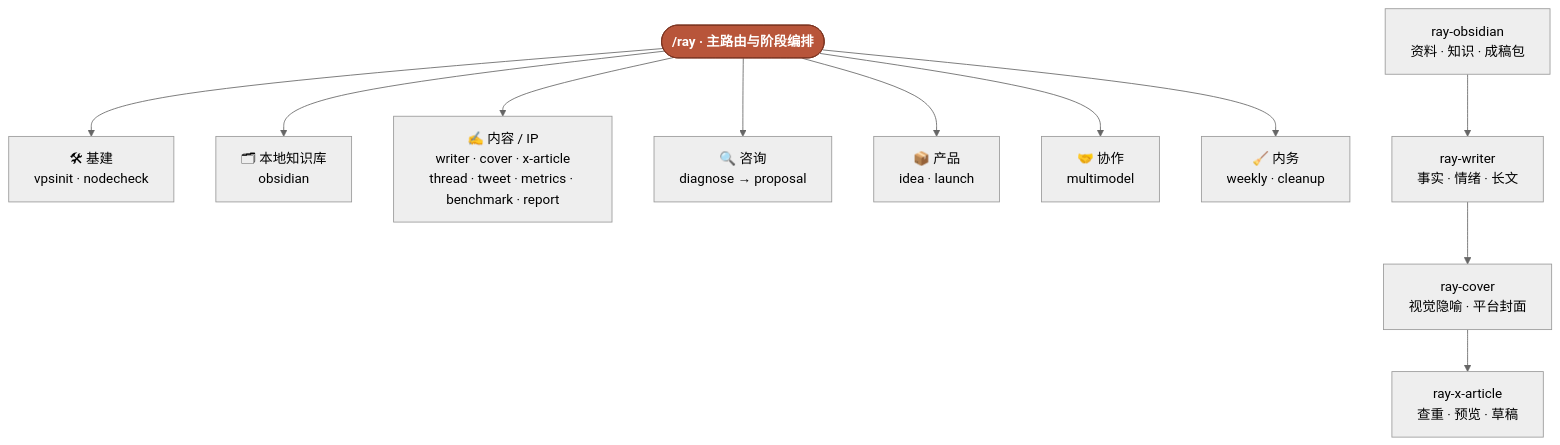
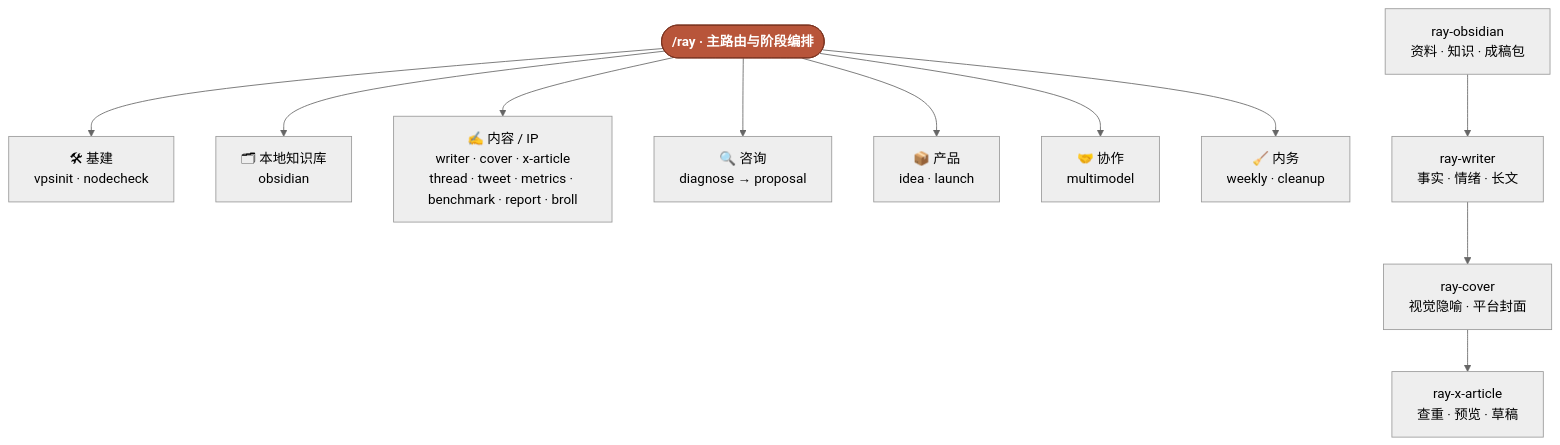
The diagram in README.md (imraywang/rayskills), drawn with Mermaid (neutral theme) before and after one commit. The commit also changed other lines of this file and 8 other files, not shown here.

First line of the commit message:
feat: 新增 ray-broll 编辑隐喻拼贴 B-roll skill

````diff
--- a/README.md
+++ b/README.md
@@ -64,18 +65,18 @@
 ```mermaid
 flowchart TD
     RAY(["/ray · 主路由与阶段编排"]):::hub
 
     RAY --> INFRA["🛠 基建<br/>vpsinit · nodecheck"]
     RAY --> KNOWLEDGE["🗂 本地知识库<br/>obsidian"]
-    RAY --> CONTENT["✍️ 内容 / IP<br/>writer · cover · x-article<br/>thread · tweet · metrics · benchmark · report"]
+    RAY --> CONTENT["✍️ 内容 / IP<br/>writer · cover · x-article<br/>thread · tweet · metrics · benchmark · report · broll"]
     RAY --> CONSULT["🔍 咨询<br/>diagnose → proposal"]
     RAY --> PRODUCT["📦 产品<br/>idea · launch"]
     RAY --> COLLAB["🤝 协作<br/>multimodel"]
     RAY --> OPS["🧹 内务<br/>weekly · cleanup"]
 
     OBSIDIAN["ray-obsidian<br/>资料 · 知识 · 成稿包"] --> WRITER["ray-writer<br/>事实 · 情绪 · 长文"]
     WRITER --> COVER["ray-cover<br/>视觉隐喻 · 平台封面"]
     COVER --> XARTICLE["ray-x-article<br/>查重 · 预览 · 草稿"]
 
     classDef hub fill:#b8553a,stroke:#7a3320,color:#fff,font-weight:bold;
 ```
````
